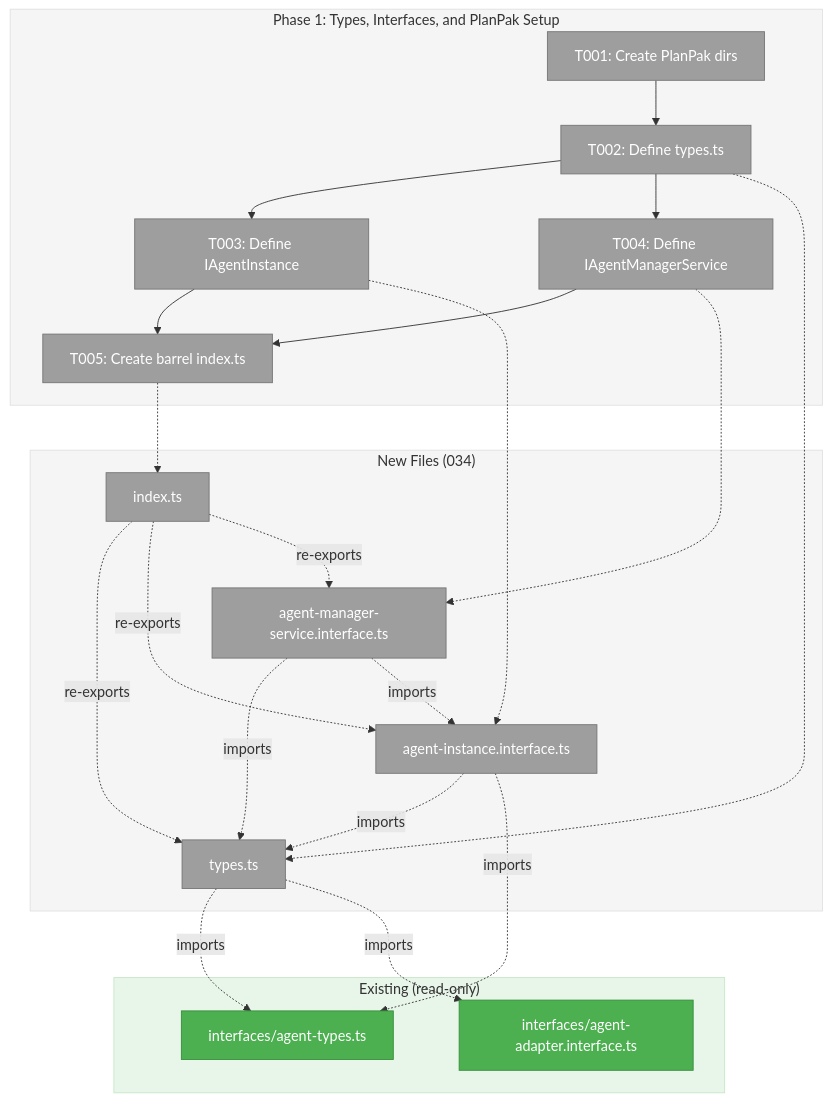
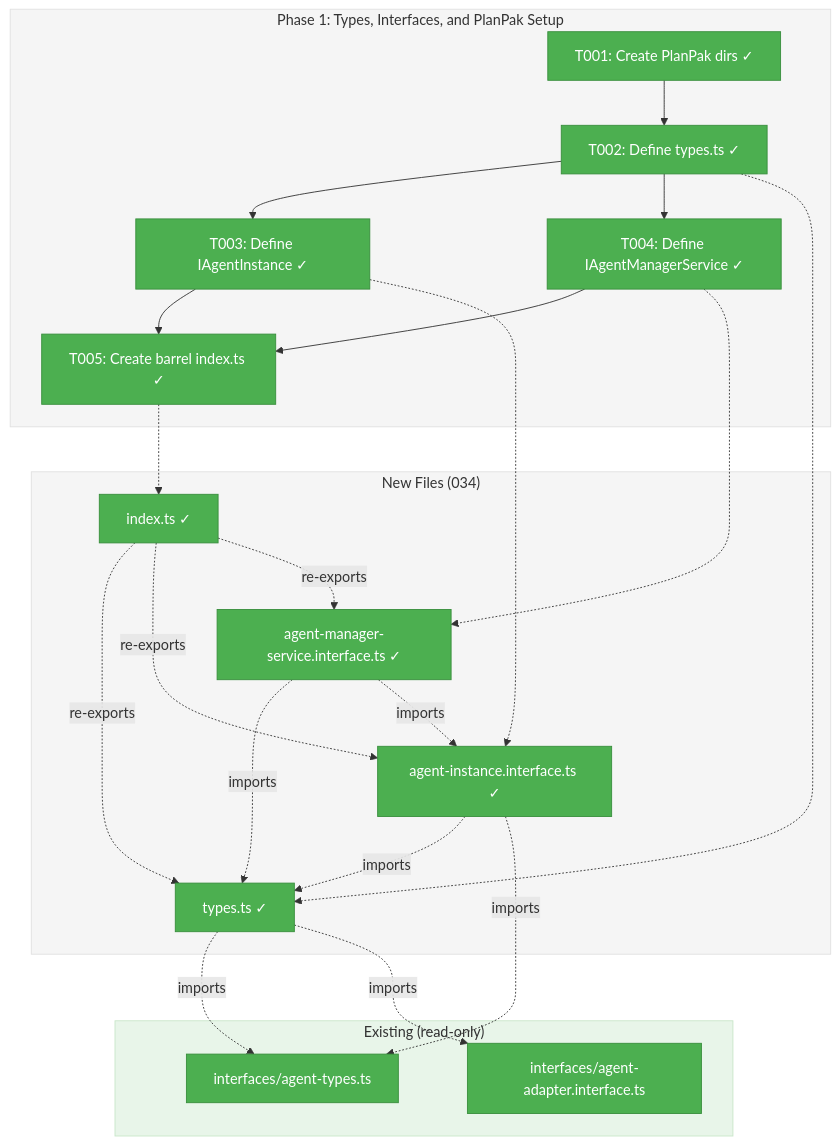
The first of 3 diagrams in docs/plans/034-agentic-cli/tasks/phase-1-types-interfaces-and-planpak-setup/tasks.md (AI-Substrate/chainglass), drawn with Mermaid before and after one commit. The commit also changed other lines of this file and 7 other files, not shown here.

First line of the commit message:
Implement Plan 034 Phase 1: types, interfaces, and PlanPak setup

````diff
--- a/docs/plans/034-agentic-cli/tasks/phase-1-types-interfaces-and-planpak-setup/tasks.md
+++ b/docs/plans/034-agentic-cli/tasks/phase-1-types-interfaces-and-planpak-setup/tasks.md
@@ -166,52 +166,52 @@
 ```mermaid
 flowchart TD
     classDef pending fill:#9E9E9E,stroke:#757575,color:#fff
     classDef inprogress fill:#FF9800,stroke:#F57C00,color:#fff
     classDef completed fill:#4CAF50,stroke:#388E3C,color:#fff
     classDef blocked fill:#F44336,stroke:#D32F2F,color:#fff
 
     style Phase fill:#F5F5F5,stroke:#E0E0E0
     style NewFiles fill:#F5F5F5,stroke:#E0E0E0
     style ExistingImports fill:#E8F5E9,stroke:#C8E6C9
 
     subgraph Phase["Phase 1: Types, Interfaces, and PlanPak Setup"]
-        T001["T001: Create PlanPak dirs"]:::pending
-        T002["T002: Define types.ts"]:::pending
-        T003["T003: Define IAgentInstance"]:::pending
-        T004["T004: Define IAgentManagerService"]:::pending
-        T005["T005: Create barrel index.ts"]:::pending
+        T001["T001: Create PlanPak dirs ✓"]:::completed
+        T002["T002: Define types.ts ✓"]:::completed
+        T003["T003: Define IAgentInstance ✓"]:::completed
+        T004["T004: Define IAgentManagerService ✓"]:::completed
+        T005["T005: Create barrel index.ts ✓"]:::completed
 
         T001 --> T002
         T002 --> T003
         T002 --> T004
         T003 --> T005
         T004 --> T005
     end
 
     subgraph NewFiles["New Files (034)"]
-        F1["types.ts"]:::pending
-        F2["agent-instance.interface.ts"]:::pending
-        F3["agent-manager-service.interface.ts"]:::pending
-        F4["index.ts"]:::pending
+        F1["types.ts ✓"]:::completed
+        F2["agent-instance.interface.ts ✓"]:::completed
+        F3["agent-manager-service.interface.ts ✓"]:::completed
+        F4["index.ts ✓"]:::completed
     end
 
     subgraph ExistingImports["Existing (read-only)"]
         E1["interfaces/agent-types.ts"]:::completed
         E2["interfaces/agent-adapter.interface.ts"]:::completed
     end
 
     T002 -.-> F1
     T003 -.-> F2
     T004 -.-> F3
     T005 -.-> F4
 
     F1 -.->|imports| E1
     F1 -.->|imports| E2
     F2 -.->|imports| F1
     F2 -.->|imports| E1
     F3 -.->|imports| F1
     F3 -.->|imports| F2
     F4 -.->|re-exports| F1
     F4 -.->|re-exports| F2
     F4 -.->|re-exports| F3
 ```
````
